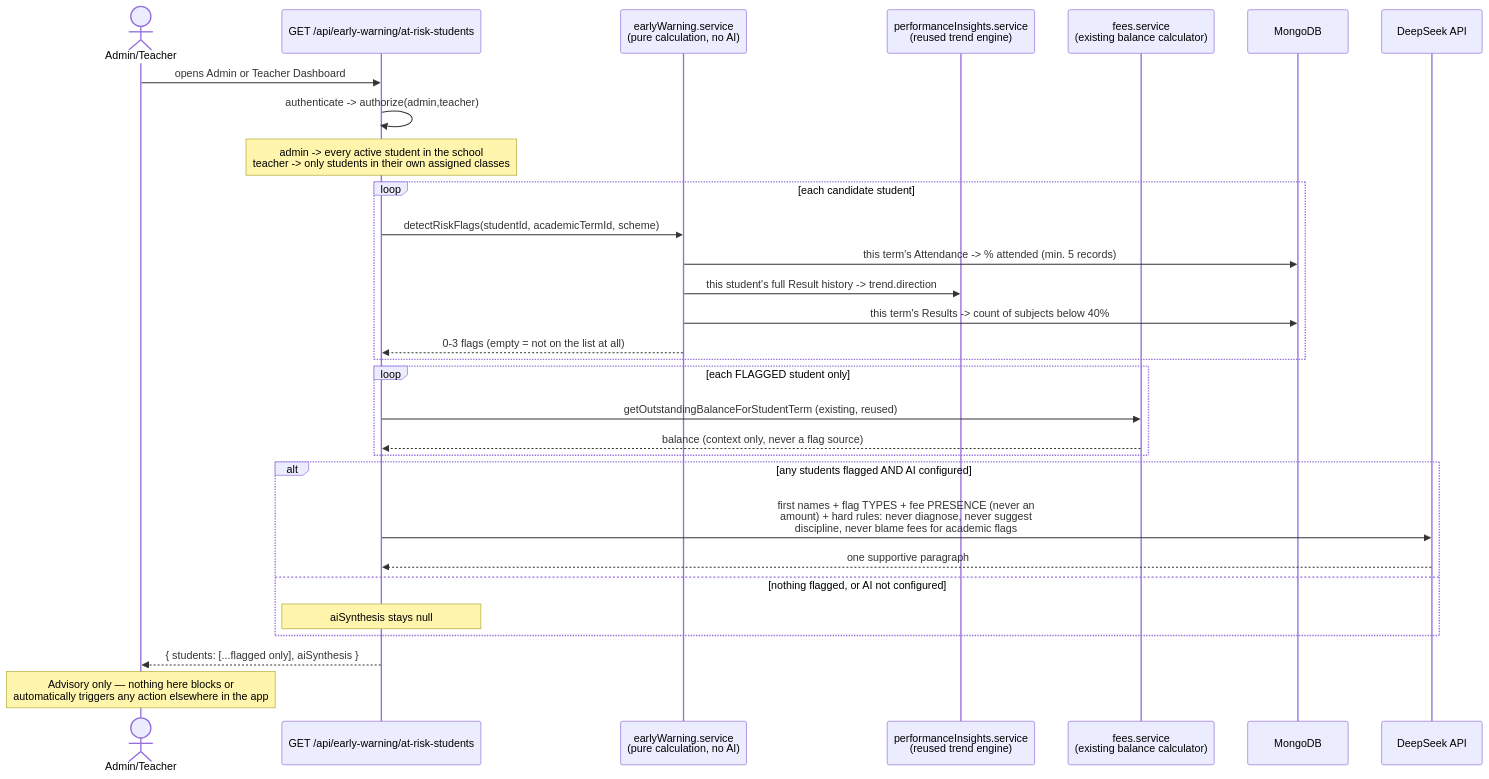
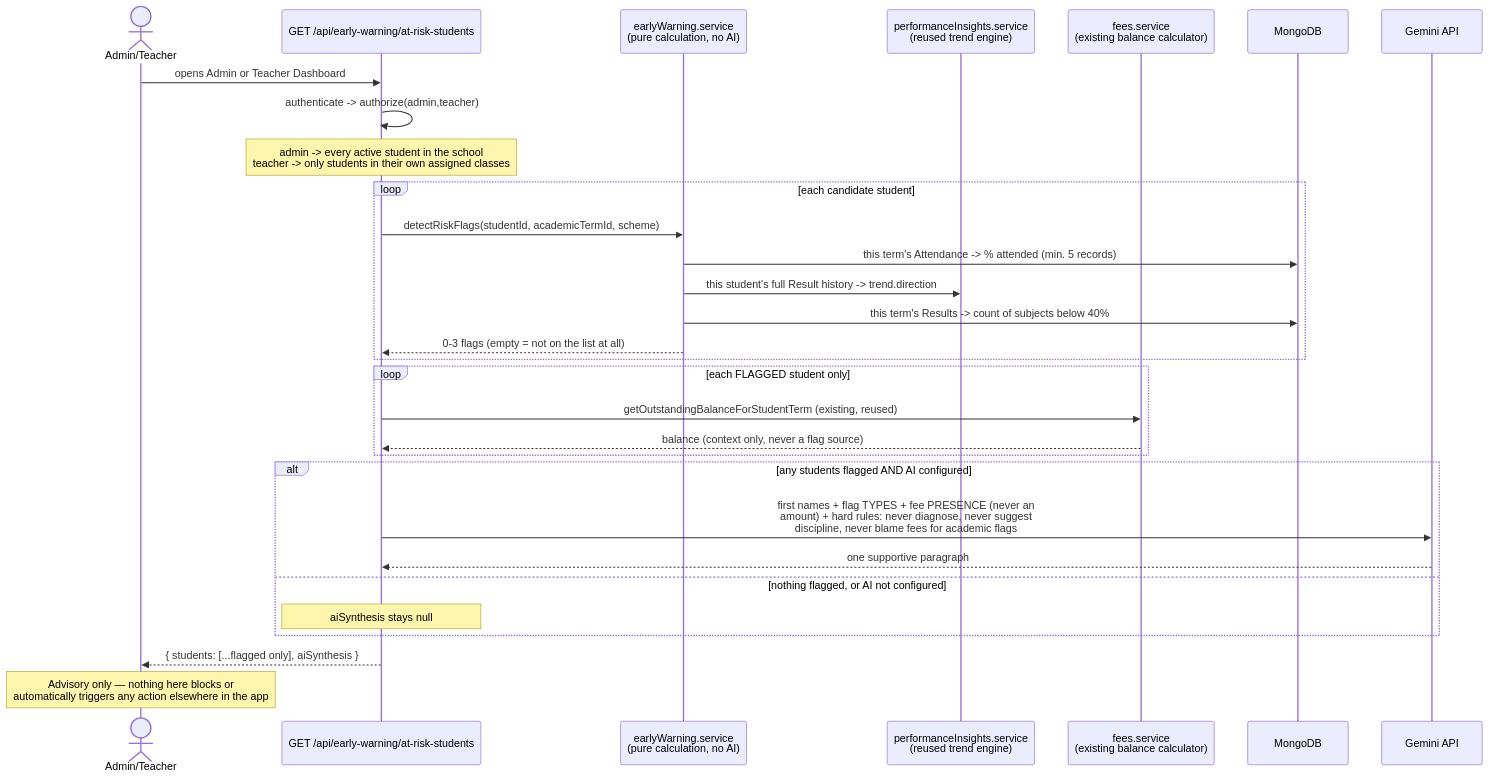
One commit to JuvelynSackey/school-management-system changed diagram 22 of 26 in ARCHITECTURE.md. Above: the diagram before and after it, drawn with Mermaid. The commit also changed other lines of this file and 8 other files, not shown here.

````diff
--- a/ARCHITECTURE.md
+++ b/ARCHITECTURE.md
@@ -694,33 +694,33 @@
 ```mermaid
 sequenceDiagram
     actor U as Admin/Teacher
     participant API as GET /api/early-warning/at-risk-students
     participant EW as earlyWarning.service<br/>(pure calculation, no AI)
     participant PI as performanceInsights.service<br/>(reused trend engine)
     participant Fees as fees.service<br/>(existing balance calculator)
     participant DB as MongoDB
-    participant AI as DeepSeek API
+    participant AI as Gemini API
 
     U->>API: opens Admin or Teacher Dashboard
     API->>API: authenticate -> authorize(admin,teacher)
     Note over API: admin -> every active student in the school<br/>teacher -> only students in their own assigned classes
     loop each candidate student
         API->>EW: detectRiskFlags(studentId, academicTermId, scheme)
         EW->>DB: this term's Attendance -> % attended (min. 5 records)
         EW->>PI: this student's full Result history -> trend.direction
         EW->>DB: this term's Results -> count of subjects below 40%
         EW-->>API: 0-3 flags (empty = not on the list at all)
     end
     loop each FLAGGED student only
         API->>Fees: getOutstandingBalanceForStudentTerm (existing, reused)
         Fees-->>API: balance (context only, never a flag source)
     end
     alt any students flagged AND AI configured
         API->>AI: first names + flag TYPES + fee PRESENCE (never an<br/>amount) + hard rules: never diagnose, never suggest<br/>discipline, never blame fees for academic flags
         AI-->>API: one supportive paragraph
     else nothing flagged, or AI not configured
         Note over API: aiSynthesis stays null
     end
     API-->>U: { students: [...flagged only], aiSynthesis }
     Note over U: Advisory only — nothing here blocks or<br/>automatically triggers any action elsewhere in the app
 ```
````
